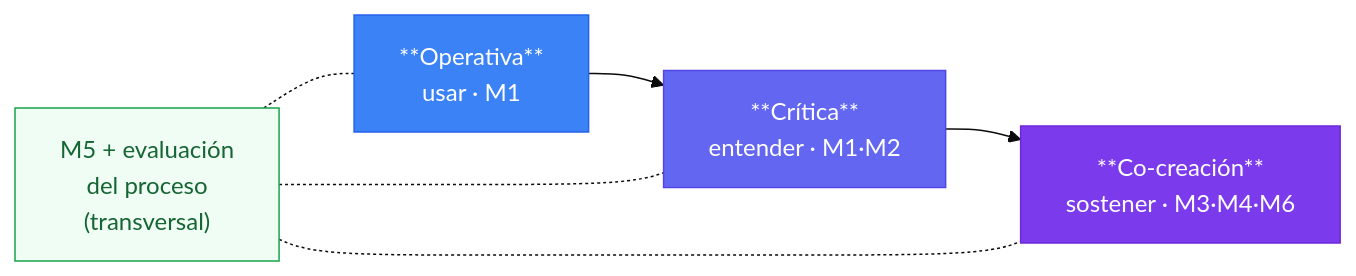
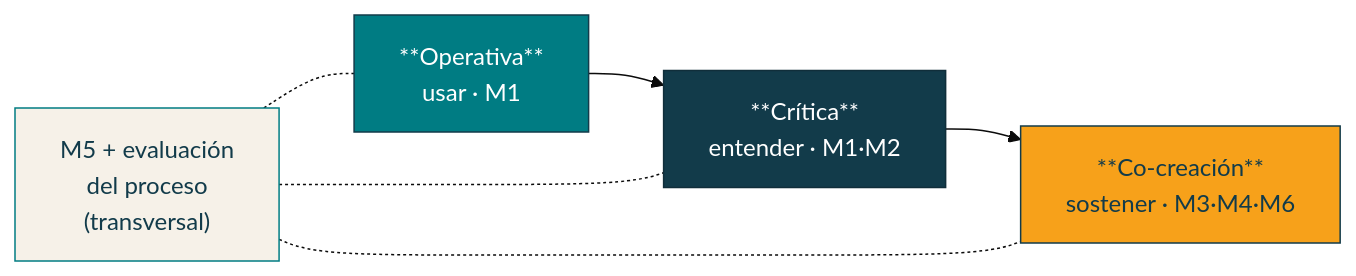
The diagram in content/formacion-docente/alfabetizacion-agenciamiento-ia/index.md (arqueon/aprendizaje-ia), drawn with Mermaid (base theme) before and after one commit. The commit also changed other lines of this file and 12 other files, not shown here.

```diff
--- a/content/formacion-docente/alfabetizacion-agenciamiento-ia/index.md
+++ b/content/formacion-docente/alfabetizacion-agenciamiento-ia/index.md
@@ -41,16 +74,16 @@
 {{< mermaid >}}
 flowchart LR
     A["**Operativa**<br/>usar · M1"]
     B["**Crítica**<br/>entender · M1·M2"]
     C["**Co-creación**<br/>sostener · M3·M4·M6"]
     T["M5 + evaluación<br/>del proceso<br/>(transversal)"]
 
     A --> B --> C
     T -.- A & B & C
     
-    style A fill:#3b82f6,stroke:#2563eb,color:#ffffff
-    style B fill:#6366f1,stroke:#4f46e5,color:#ffffff
-    style C fill:#7c3aed,stroke:#6d28d9,color:#ffffff
-    style T fill:#f0fdf4,stroke:#16a34a,color:#166534
+    style A fill:#007c83,stroke:#123b4a,color:#ffffff
+    style B fill:#123b4a,stroke:#102e3a,color:#ffffff
+    style C fill:#f7a11a,stroke:#123b4a,color:#123b4a
+    style T fill:#f6f1e8,stroke:#007c83,color:#123b4a
 
 {{< /mermaid >}}
```
